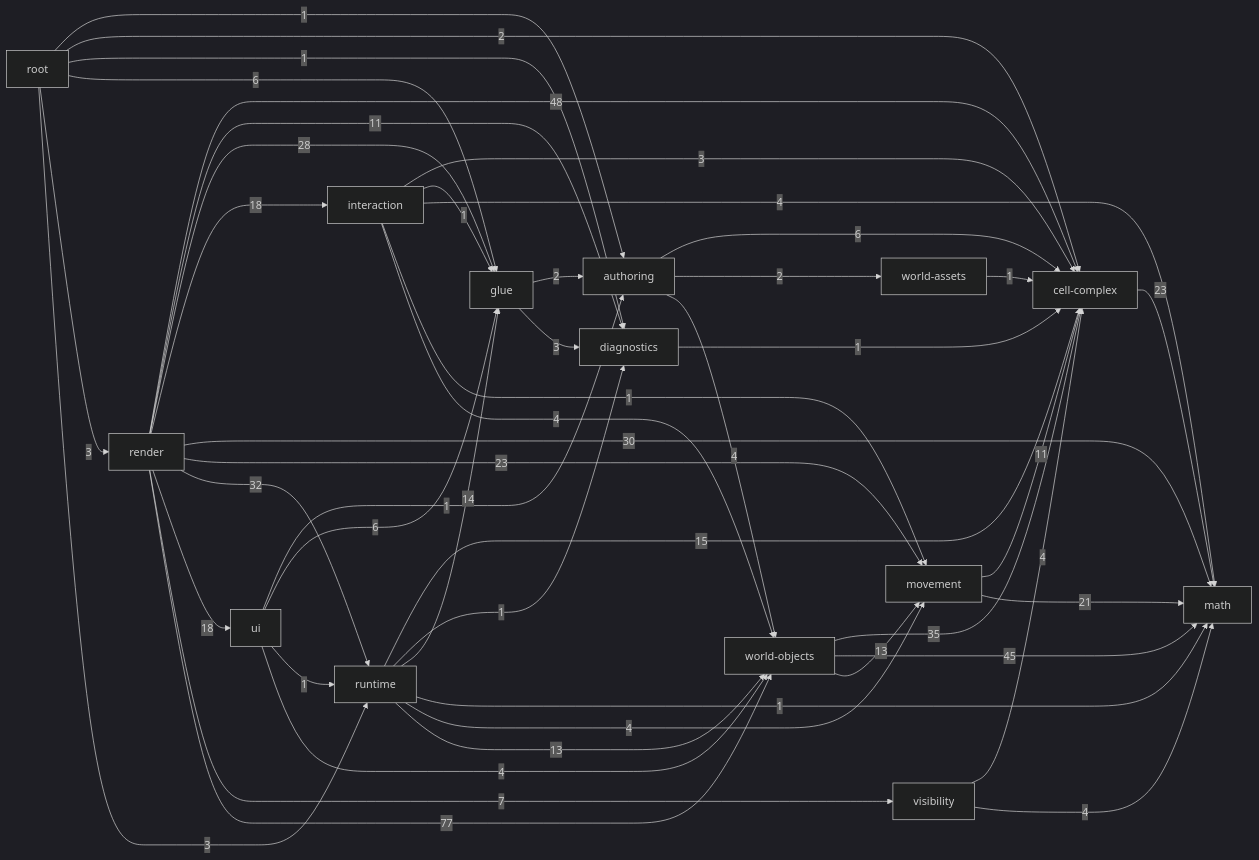
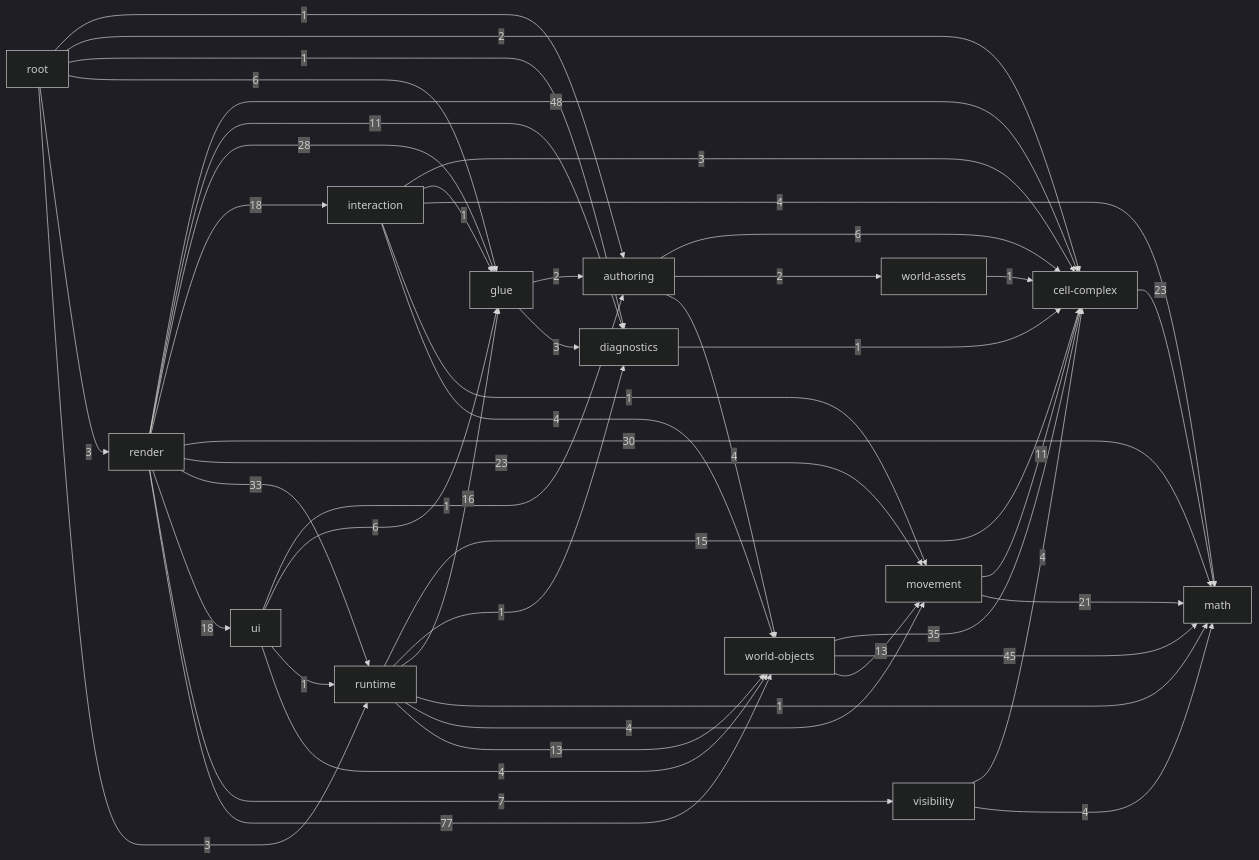
The diagram in _docs/generated/ARCHITECTURE_REFERENCE.md (guraltsev/noneuclid-fpv), drawn with Mermaid (dark theme) before and after one commit. The commit also changed other lines of this file and 7 other files, not shown here.

````diff
--- a/_docs/generated/ARCHITECTURE_REFERENCE.md
+++ b/_docs/generated/ARCHITECTURE_REFERENCE.md
@@ -35,63 +35,63 @@
 ```mermaid
 flowchart LR
   math["math"]
   cell_complex["cell-complex"]
   diagnostics["diagnostics"]
   visibility["visibility"]
   movement["movement"]
   world_assets["world-assets"]
   world_objects["world-objects"]
   authoring["authoring"]
   glue["glue"]
   interaction["interaction"]
   runtime["runtime"]
   ui["ui"]
   render["render"]
   root["root"]
   authoring -->|6| cell_complex
   authoring -->|2| world_assets
   authoring -->|4| world_objects
   cell_complex -->|23| math
   diagnostics -->|1| cell_complex
   glue -->|2| authoring
   glue -->|3| diagnostics
   interaction -->|3| cell_complex
   interaction -->|1| glue
   interaction -->|4| math
   interaction -->|1| movement
   interaction -->|4| world_objects
   movement -->|11| cell_complex
   movement -->|21| math
   render -->|48| cell_complex
   render -->|11| diagnostics
   render -->|28| glue
   render -->|18| interaction
   render -->|30| math
   render -->|23| movement
-  render -->|32| runtime
+  render -->|33| runtime
   render -->|18| ui
   render -->|7| visibility
   render -->|77| world_objects
   root -->|1| authoring
   root -->|2| cell_complex
   root -->|1| diagnostics
   root -->|6| glue
   root -->|3| render
   root -->|3| runtime
   runtime -->|15| cell_complex
   runtime -->|1| diagnostics
-  runtime -->|14| glue
+  runtime -->|16| glue
   runtime -->|1| math
   runtime -->|4| movement
   runtime -->|13| world_objects
   ui -->|1| authoring
   ui -->|6| glue
   ui -->|1| runtime
   ui -->|4| world_objects
   visibility -->|4| cell_complex
   visibility -->|4| math
   world_assets -->|1| cell_complex
   world_objects -->|35| cell_complex
   world_objects -->|45| math
   world_objects -->|13| movement
 ```
````
